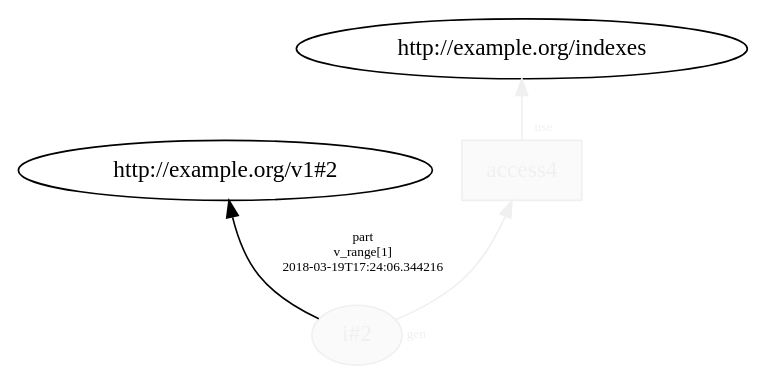
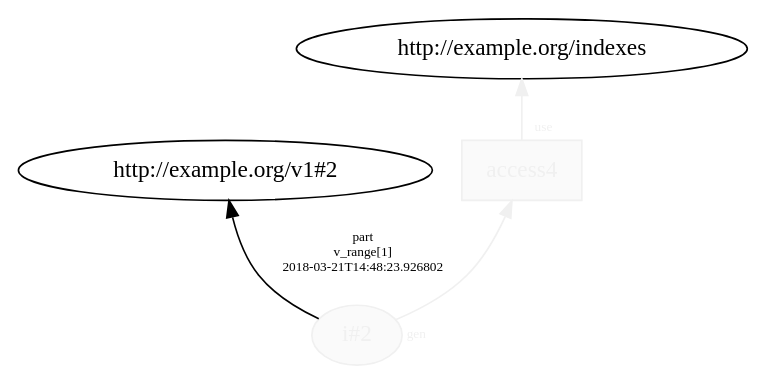
Before and after one commit to dew-uff/versioned-prov: the diagram in generated/mutable_prov/temp/L14__loop_access_2.dot, drawn with Graphviz. The commit also changed 779 other files, not shown here.

```diff
--- a/generated/mutable_prov/temp/L14__loop_access_2.dot
+++ b/generated/mutable_prov/temp/L14__loop_access_2.dot
@@ -1,9 +1,9 @@
 digraph "PROV" { size="16,12"; rankdir="BT";
 "http://example.org/i#2" [fillcolor="#FAFAFA",color="#F0F0F0",style="filled",fontcolor="#F0F0F0",label="i#2",URL="http://example.org/i#2"]
 "http://example.org/i#2" -> "http://example.org/v1#2" [fontsize="8",distance="1.5",angle="60.0",rotation="20",label="part
 v_range[1]
-2018-03-19T17:24:06.344216"]
+2018-03-21T14:48:23.926802"]
 "http://example.org/access4" [fillcolor="#FAFAFA",color="#F0F0F0",shape="polygon",sides="4",style="filled",fontcolor="#F0F0F0",label="access4",URL="http://example.org/access4"]
 "http://example.org/access4" -> "http://example.org/indexes" [labelfontsize="8",labeldistance="1.5",labelangle="60.0",rotation="20",taillabel="use",fontcolor="#F0F0F0",color="#F0F0F0"]
 "http://example.org/i#2" -> "http://example.org/access4" [labelfontsize="8",labeldistance="1.5",labelangle="60.0",rotation="20",taillabel="gen",fontcolor="#F0F0F0",color="#F0F0F0"]
 }
```
